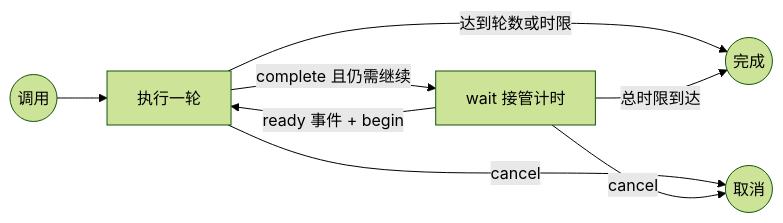
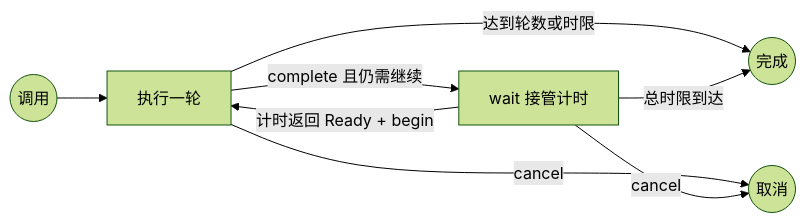
Before and after one commit to wenxueru/wait-skill: the diagram in docs/wait-loop.zh-CN.md, drawn with Mermaid (forest theme). The commit also changed other lines of this file and 33 other files, not shown here.

````diff
--- a/docs/wait-loop.zh-CN.md
+++ b/docs/wait-loop.zh-CN.md
@@ -9,10 +9,10 @@
 ```mermaid
 flowchart LR
     start((调用)) --> running[执行一轮]
     running -->|complete 且仍需继续| waiting[wait 接管计时]
-    waiting -->|ready 事件 + begin| running
+    waiting -->|计时返回 Ready + begin| running
     running -->|达到轮数或时限| completed((完成))
     waiting -->|总时限到达| completed
     running -->|cancel| cancelled((取消))
     waiting -->|cancel| cancelled
 ```
````
